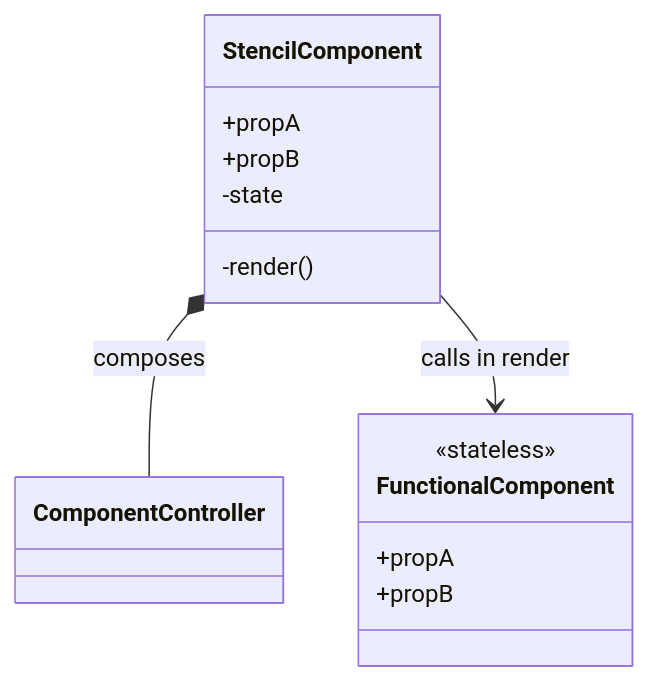
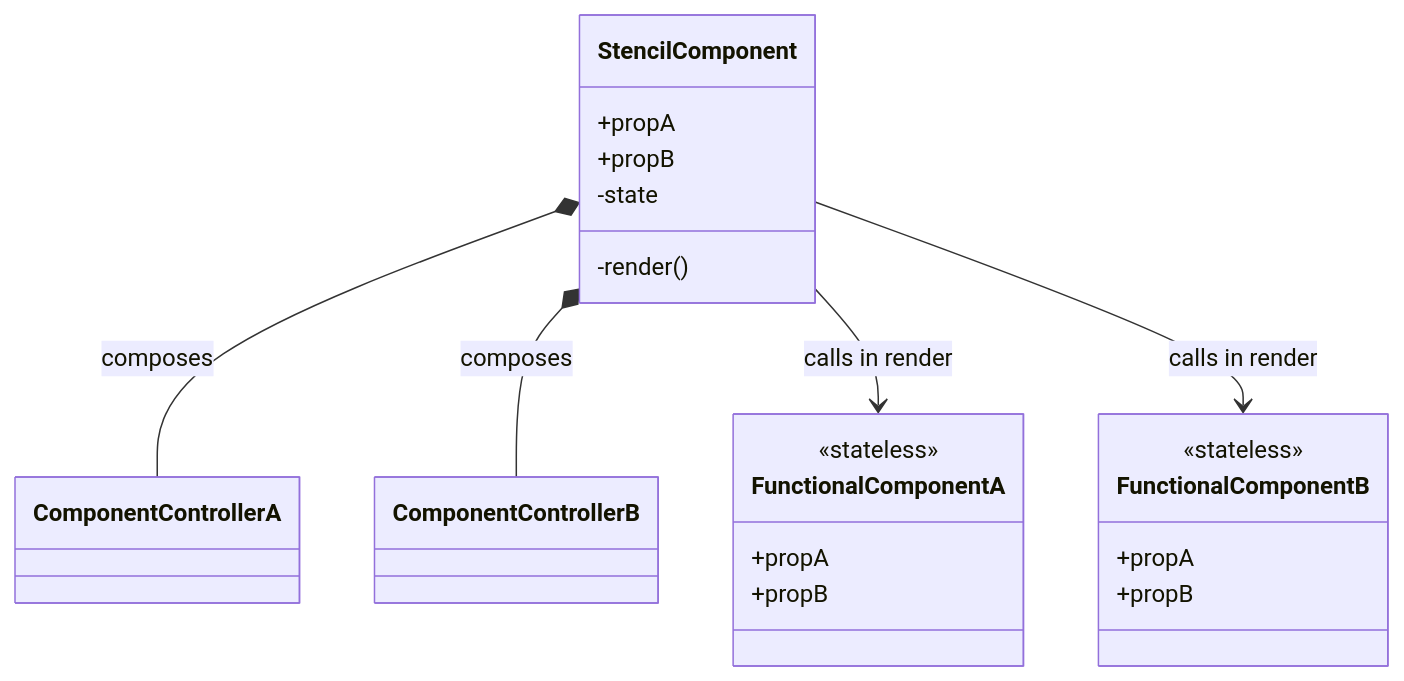
Before and after one commit to public-ui/kolibri: the diagram in packages/components/AGENTS.md, drawn with Mermaid. The commit also changed other lines of this file, not shown here.

Commit message:
docs: detail multiple functional component architecture

````diff
--- a/packages/components/AGENTS.md
+++ b/packages/components/AGENTS.md
@@ -112,18 +113,27 @@
 ```mermaid
 classDiagram
     class StencilComponent {
         +propA
         +propB
         -state
         -render()
     }
-    class ComponentController {
+    class ComponentControllerA {
     }
-    class FunctionalComponent {
+    class ComponentControllerB {
+    }
+    class FunctionalComponentA {
         +propA
         +propB
         <<stateless>>
     }
-    StencilComponent *-- ComponentController : composes
-    StencilComponent --> FunctionalComponent : calls in render
+    class FunctionalComponentB {
+        +propA
+        +propB
+        <<stateless>>
+    }
+    StencilComponent *-- ComponentControllerA : composes
+    StencilComponent *-- ComponentControllerB : composes
+    StencilComponent --> FunctionalComponentA : calls in render
+    StencilComponent --> FunctionalComponentB : calls in render
 ```
````
